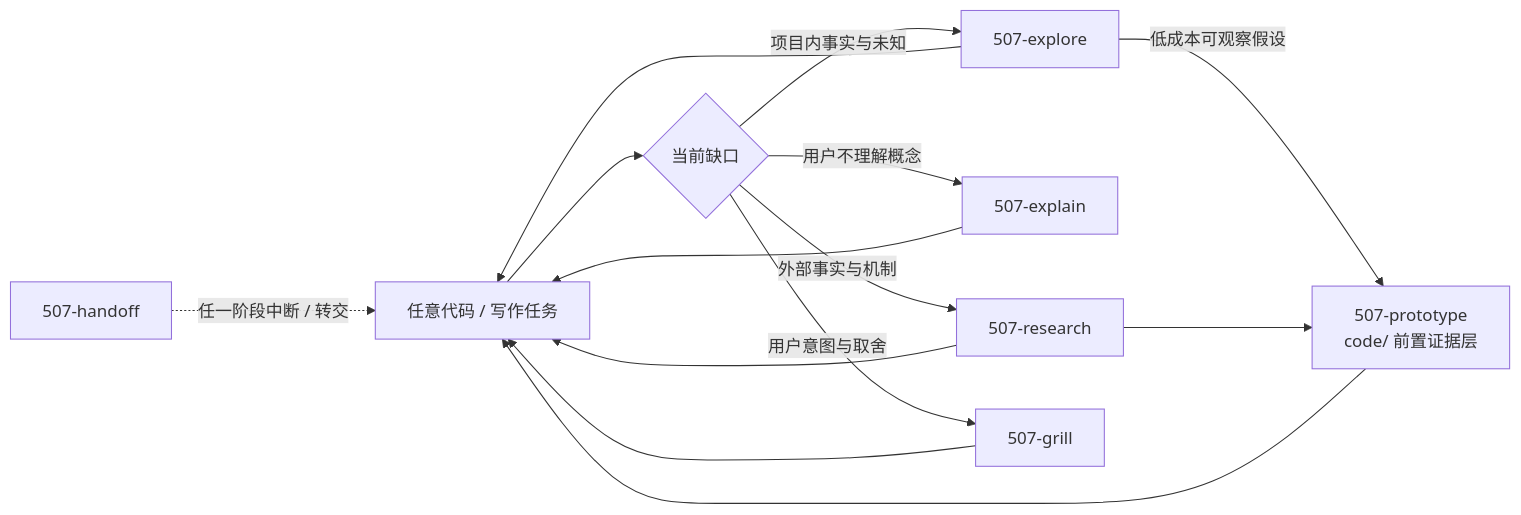
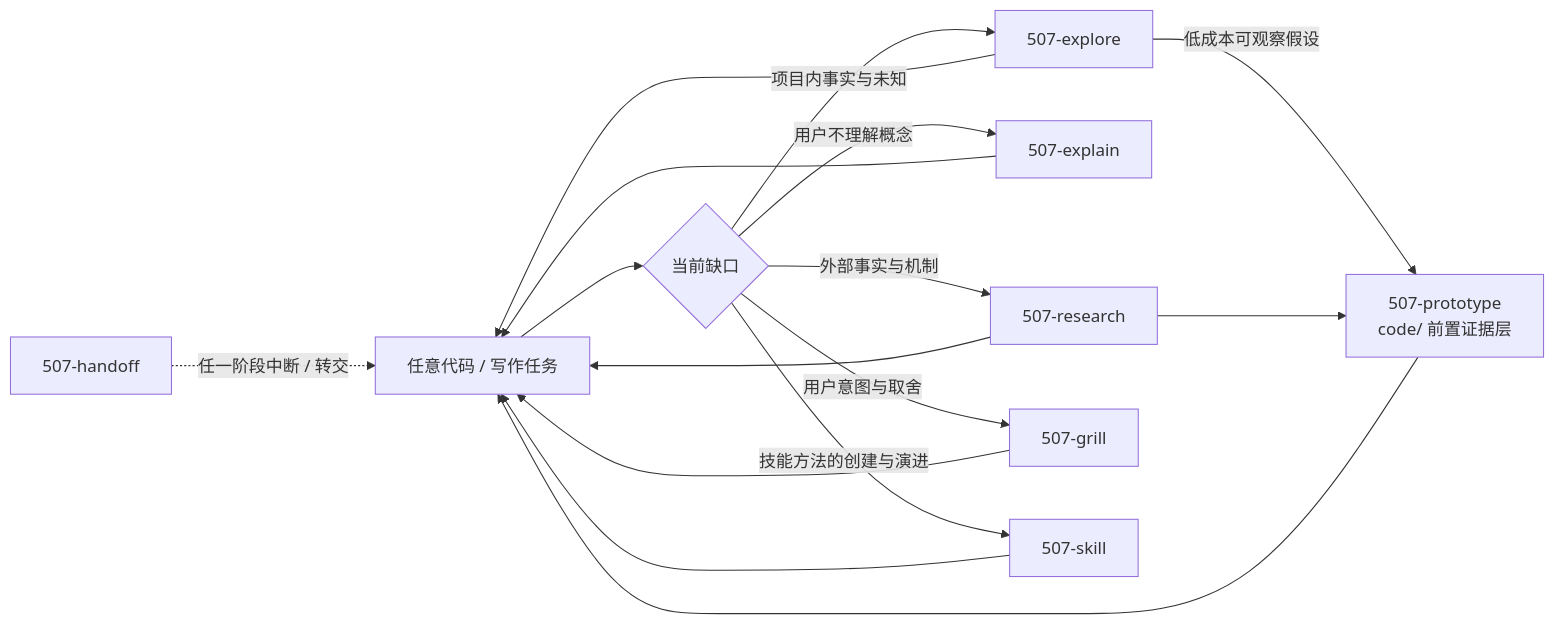
Before and after one commit to ssdiwu/507-skills: the diagram in common/README.md, drawn with Mermaid. The commit also changed other lines of this file and 104 other files, not shown here.

````diff
--- a/common/README.md
+++ b/common/README.md
@@ -9,18 +9,20 @@
 ```mermaid
 flowchart LR
     task["任意代码 / 写作任务"] --> need{"当前缺口"}
     need -->|"项目内事实与未知"| explore["507-explore"]
     need -->|"用户不理解概念"| explain["507-explain"]
     need -->|"外部事实与机制"| research["507-research"]
     need -->|"用户意图与取舍"| grill["507-grill"]
+    need -->|"技能方法的创建与演进"| skill["507-skill"]
 
     explore --> task
     explain --> task
     research --> task
     grill --> task
+    skill --> task
     handoff["507-handoff"] -. "任一阶段中断 / 转交" .-> task
 
     explore -->|"低成本可观察假设"| prototype["507-prototype<br/>code/ 前置证据层"]
     research --> prototype
     prototype --> task
 ```
````
